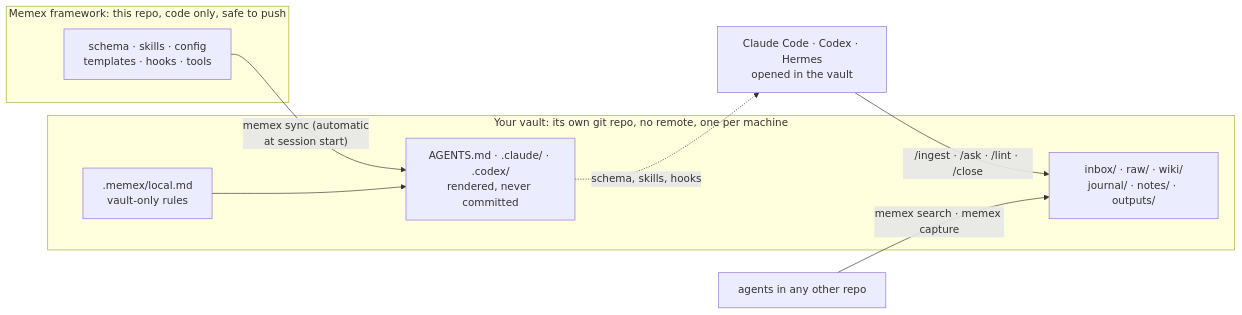
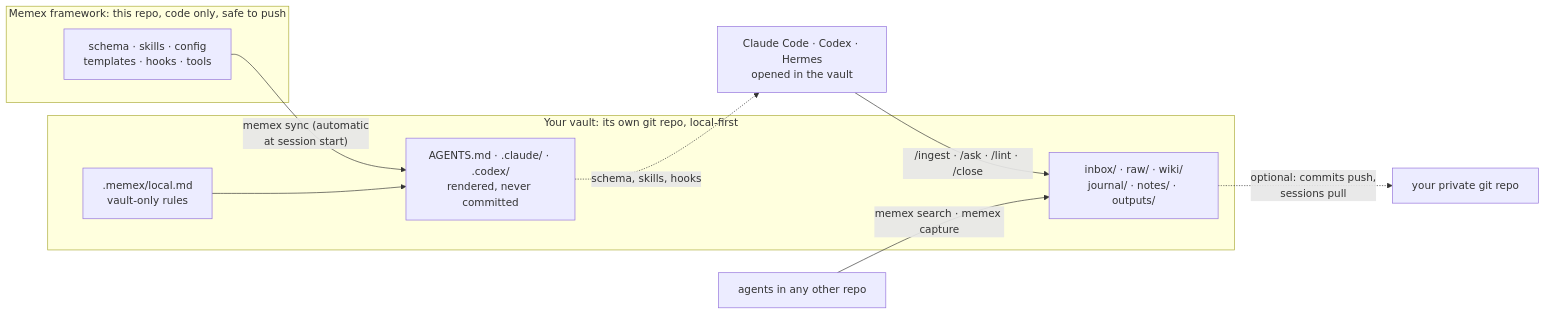
One commit to G-aUr-aV/Memex changed the first of 7 diagrams in README.md. Above: the diagram before and after it, drawn with Mermaid. The commit also changed other lines of this file and 35 other files, not shown here.

````diff
--- a/README.md
+++ b/README.md
@@ -9,16 +9,17 @@
 ```mermaid
 flowchart LR
   subgraph FW["Memex framework: this repo, code only, safe to push"]
     S["schema · skills · config<br/>templates · hooks · tools"]
   end
-  subgraph V["Your vault: its own git repo, no remote, one per machine"]
+  subgraph V["Your vault: its own git repo, local-first"]
     M["AGENTS.md · .claude/ · .codex/<br/>rendered, never committed"]
     L[".memex/local.md<br/>vault-only rules"]
     K["inbox/ · raw/ · wiki/<br/>journal/ · notes/ · outputs/"]
   end
   S -- "memex sync (automatic<br/>at session start)" --> M
   L --> M
   M -. "schema, skills, hooks" .-> A["Claude Code · Codex · Hermes<br/>opened in the vault"]
   A -- "/ingest · /ask · /lint · /close" --> K
   O["agents in any other repo"] -- "memex search · memex capture" --> K
+  K -. "optional: commits push,<br/>sessions pull" .-> P["your private git repo"]
 ```
````
